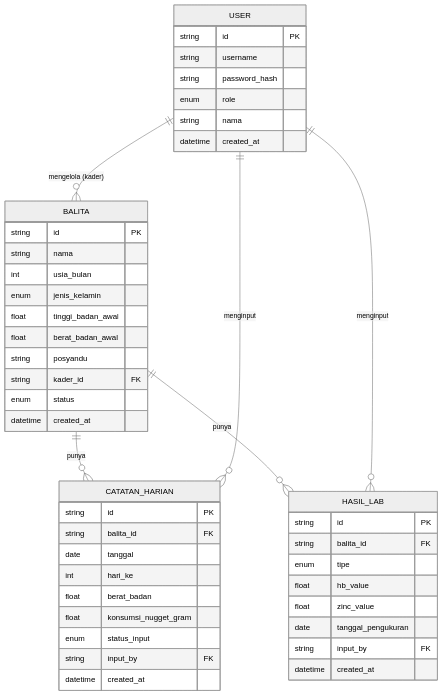
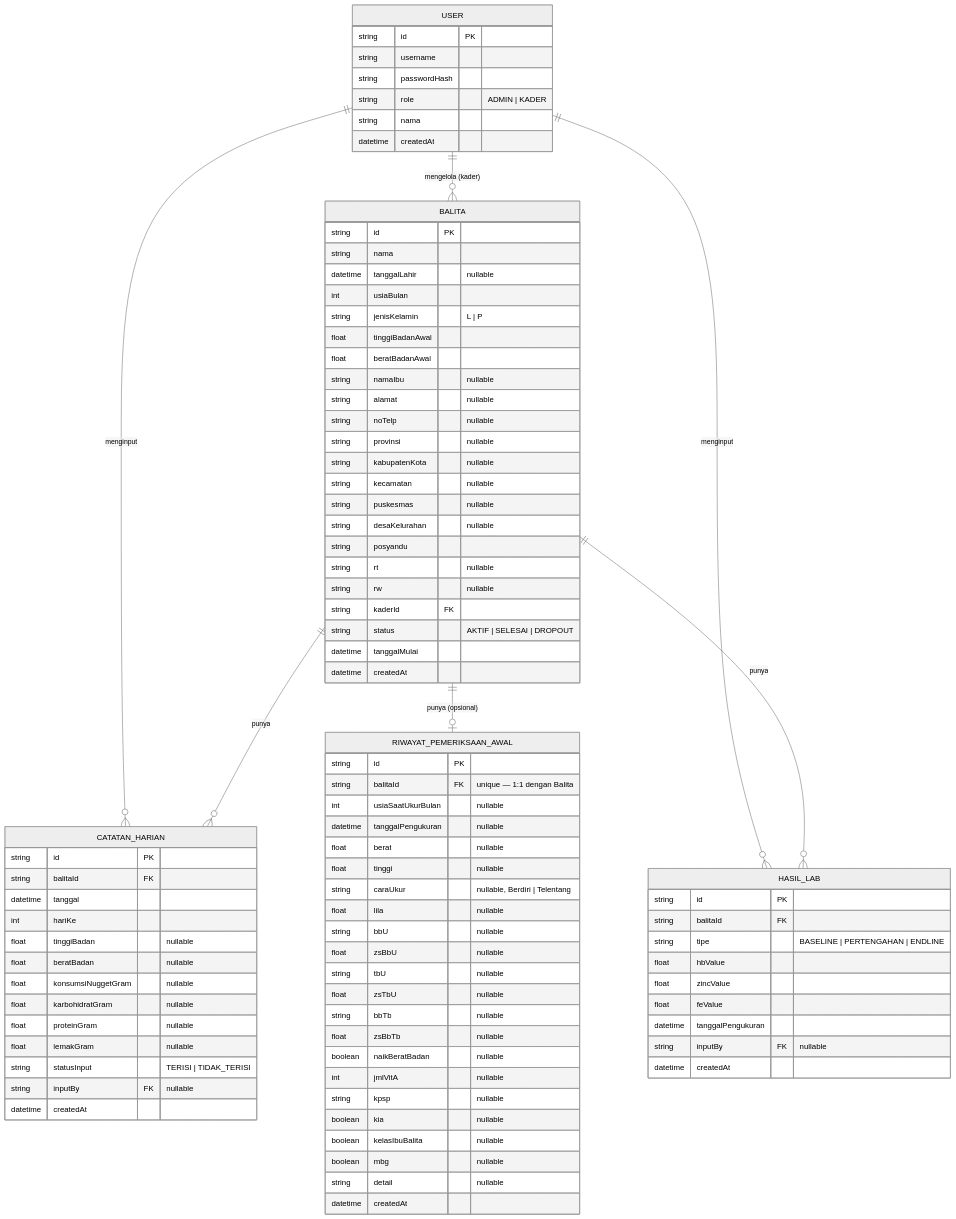
The diagram in schema.md (Makipak/pakanBayi), drawn with Mermaid (neutral theme) before and after one commit. The commit also changed other lines of this file and 7 other files, not shown here.

````diff
--- a/schema.md
+++ b/schema.md
@@ -7,51 +15,94 @@
     USER ||--o{ BALITA : "mengelola (kader)"
     BALITA ||--o{ CATATAN_HARIAN : "punya"
     BALITA ||--o{ HASIL_LAB : "punya"
+    BALITA ||--o| RIWAYAT_PEMERIKSAAN_AWAL : "punya (opsional)"
     USER ||--o{ CATATAN_HARIAN : "menginput"
     USER ||--o{ HASIL_LAB : "menginput"
 
     USER {
         string id PK
         string username
-        string password_hash
-        enum role
+        string passwordHash
+        string role "ADMIN | KADER"
         string nama
-        datetime created_at
+        datetime createdAt
     }
 
     BALITA {
         string id PK
         string nama
-        int usia_bulan
-        enum jenis_kelamin
-        float tinggi_badan_awal
-        float berat_badan_awal
+        datetime tanggalLahir "nullable"
+        int usiaBulan
+        string jenisKelamin "L | P"
+        float tinggiBadanAwal
+        float beratBadanAwal
+        string namaIbu "nullable"
+        string alamat "nullable"
+        string noTelp "nullable"
+        string provinsi "nullable"
+        string kabupatenKota "nullable"
+        string kecamatan "nullable"
+        string puskesmas "nullable"
+        string desaKelurahan "nullable"
         string posyandu
-        string kader_id FK
-        enum status
-        datetime created_at
+        string rt "nullable"
+        string rw "nullable"
+        string kaderId FK
+        string status "AKTIF | SELESAI | DROPOUT"
+        datetime tanggalMulai
+        datetime createdAt
+    }
+
+    RIWAYAT_PEMERIKSAAN_AWAL {
+        string id PK
+        string balitaId FK "unique — 1:1 dengan Balita"
+        int usiaSaatUkurBulan "nullable"
+        datetime tanggalPengukuran "nullable"
+        float berat "nullable"
+        float tinggi "nullable"
+        string caraUkur "nullable, Berdiri | Telentang"
+        float lila "nullable"
+        string bbU "nullable"
+        float zsBbU "nullable"
+        string tbU "nullable"
+        float zsTbU "nullable"
+        string bbTb "nullable"
+        float zsBbTb "nullable"
+        boolean naikBeratBadan "nullable"
+        int jmlVitA "nullable"
+        string kpsp "nullable"
+        boolean kia "nullable"
+        boolean kelasIbuBalita "nullable"
+        boolean mbg "nullable"
+        string detail "nullable"
+        datetime createdAt
     }
 
     CATATAN_HARIAN {
         string id PK
-        string balita_id FK
-        date tanggal
-        int hari_ke
-        float berat_badan
-        float konsumsi_nugget_gram
-        enum status_input
-        string input_by FK
-        datetime created_at
+        string balitaId FK
+        datetime tanggal
+        int hariKe
+        float tinggiBadan "nullable"
+        float beratBadan "nullable"
+        float konsumsiNuggetGram "nullable"
+        float karbohidratGram "nullable"
+        float proteinGram "nullable"
+        float lemakGram "nullable"
+        string statusInput "TERISI | TIDAK_TERISI"
+        string inputBy FK "nullable"
+        datetime createdAt
     }
 
     HASIL_LAB {
         string id PK
-        string balita_id FK
-        enum tipe
-        float hb_value
-        float zinc_value
-        date tanggal_pengukuran
-        string input_by FK
-        datetime created_at
+        string balitaId FK
+        string tipe "BASELINE | PERTENGAHAN | ENDLINE"
+        float hbValue
+        float zincValue
+        float feValue
+        datetime tanggalPengukuran
+        string inputBy FK "nullable"
+        datetime createdAt
     }
 ```
````
